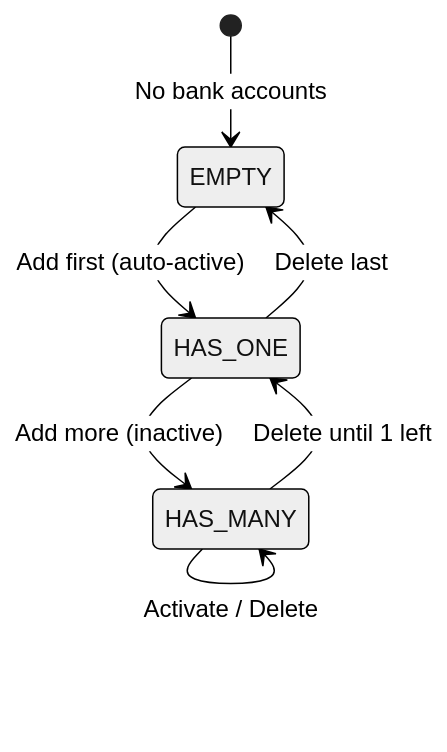
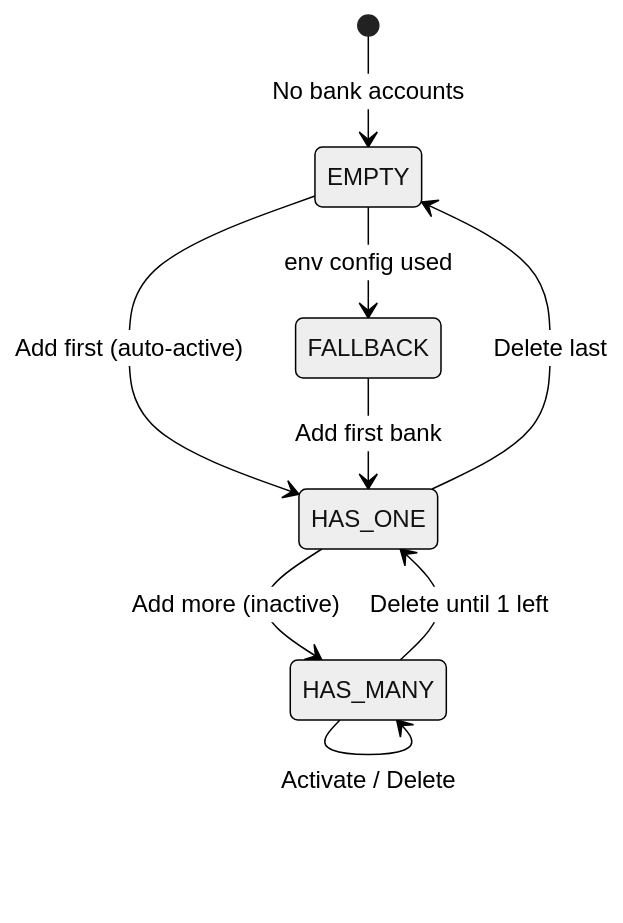
One commit to maingocanh1702/telegram-sales-bot changed the second of 2 diagrams in docs/features/FE/feature_bank_management.md. Above: the diagram before and after it, drawn with Mermaid (neutral theme). The commit also changed other lines of this file and 54 other files, not shown here.

First line of the commit message:
feat(bot): v2.3.0 — purchase flow, cart, i18n, categories, docs

````diff
--- a/docs/features/FE/feature_bank_management.md
+++ b/docs/features/FE/feature_bank_management.md
@@ -106,9 +240,11 @@
 ```mermaid
 stateDiagram-v2
     [*] --> EMPTY: No bank accounts
     EMPTY --> HAS_ONE: Add first (auto-active)
     HAS_ONE --> HAS_MANY: Add more (inactive)
     HAS_MANY --> HAS_MANY: Activate / Delete
     HAS_MANY --> HAS_ONE: Delete until 1 left
     HAS_ONE --> EMPTY: Delete last
+    EMPTY --> FALLBACK: env config used
+    FALLBACK --> HAS_ONE: Add first bank
 ```
````
